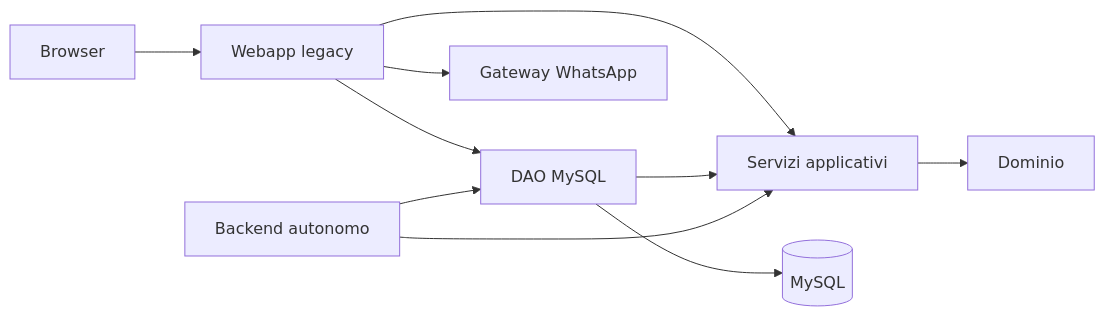
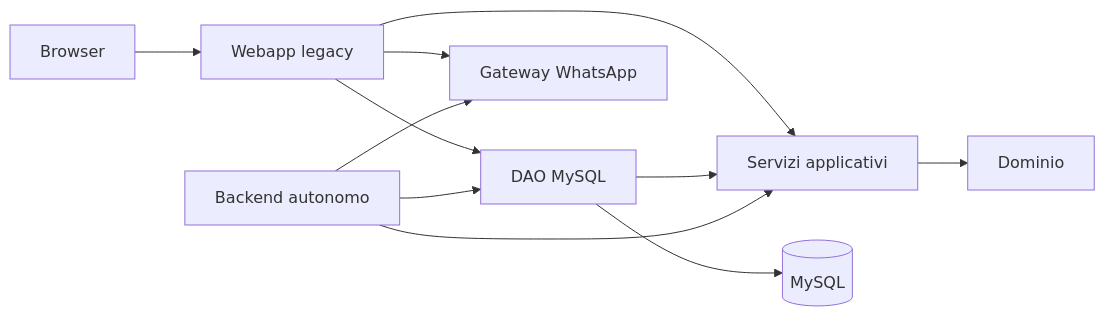
One commit to SimoX26/Fisio-e-Sports changed the diagram in docs/architecture/03-struttura-componenti.md. Above: the diagram before and after it, drawn with Mermaid. The commit also changed other lines of this file and 14 other files, not shown here.

````diff
--- a/docs/architecture/03-struttura-componenti.md
+++ b/docs/architecture/03-struttura-componenti.md
@@ -28,12 +28,13 @@
 ```mermaid
 flowchart LR
   Browser --> Web[Webapp legacy]
   Web --> Application[Servizi applicativi]
   Application --> Domain[Dominio]
   Web --> Persistence[DAO MySQL]
   Persistence --> Application
   Persistence --> DB[(MySQL)]
   Backend[Backend autonomo] --> Application
   Backend --> Persistence
   Web --> Baileys[Gateway WhatsApp]
+  Backend --> Baileys
 ```
````
